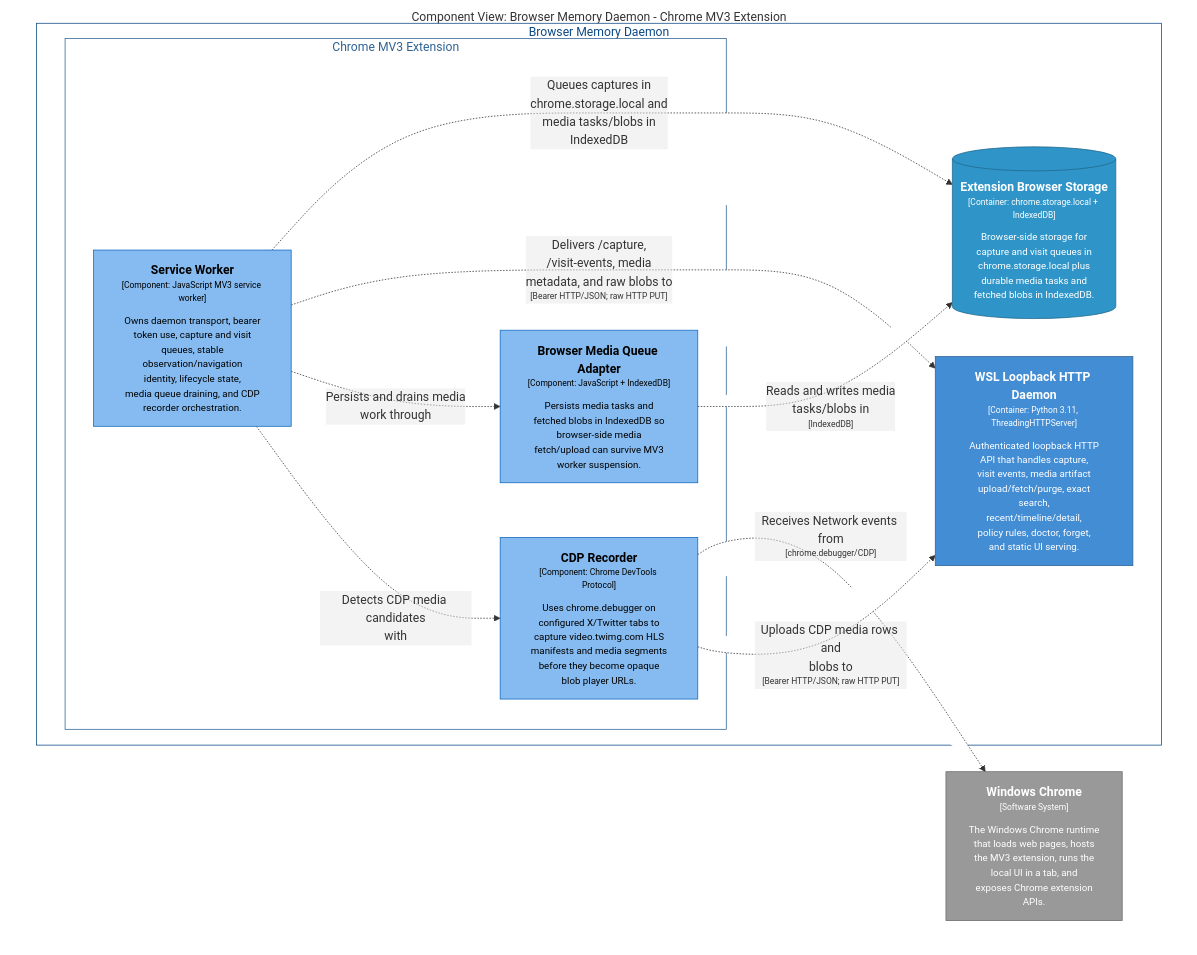
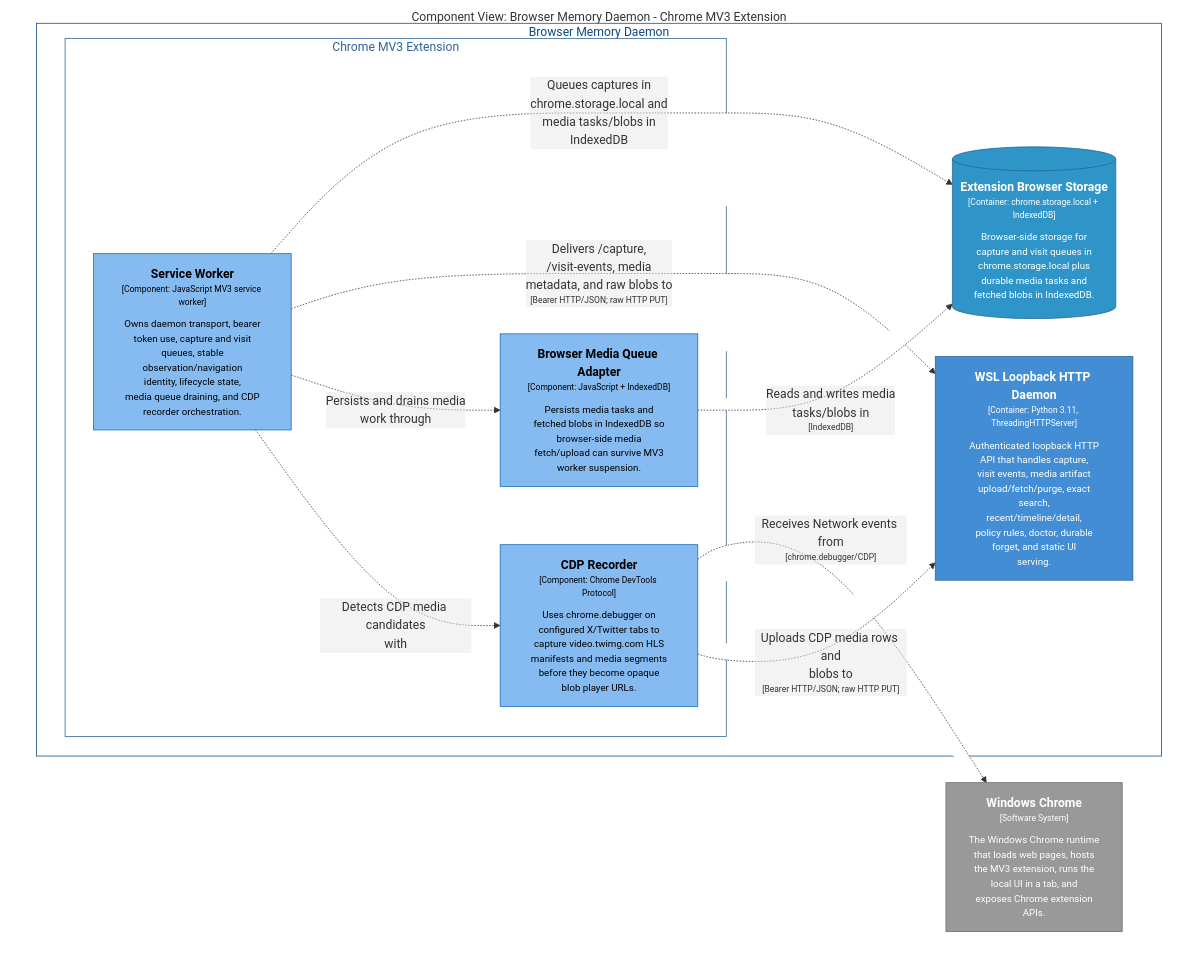
Before and after one commit to michaelnicks0/browser-memory-daemon: the diagram in docs/architecture/diagrams/markdown/ExtensionMediaComponents.md, drawn with Mermaid. The commit also changed 201 other files, not shown here.

````diff
--- a/docs/architecture/diagrams/markdown/ExtensionMediaComponents.md
+++ b/docs/architecture/diagrams/markdown/ExtensionMediaComponents.md
@@ -16,40 +16,40 @@
 ```mermaid
 graph TB
   linkStyle default fill:#ffffff
 
   subgraph diagram ["Component View: Browser Memory Daemon - Chrome MV3 Extension"]
     style diagram fill:#ffffff,stroke:#ffffff
 
     2["<div style='font-weight: bold'>Windows Chrome</div><div style='font-size: 70%; margin-top: 0px'>[Software System]</div><div style='font-size: 80%; margin-top:10px'>The Windows Chrome runtime<br />that loads web pages, hosts<br />the MV3 extension, runs the<br />local UI in a tab, and<br />exposes Chrome extension<br />APIs.</div>"]
     style 2 fill:#999999,stroke:#6b6b6b,color:#ffffff
 
     subgraph 4 ["Browser Memory Daemon"]
       style 4 fill:#ffffff,stroke:#0b4884,color:#0b4884
 
       subgraph 5 ["Chrome MV3 Extension"]
         style 5 fill:#ffffff,stroke:#2e6295,color:#2e6295
 
         10["<div style='font-weight: bold'>Browser Media Queue Adapter</div><div style='font-size: 70%; margin-top: 0px'>[Component: JavaScript + IndexedDB]</div><div style='font-size: 80%; margin-top:10px'>Persists media tasks and<br />fetched blobs in IndexedDB so<br />browser-side media<br />fetch/upload can survive MV3<br />worker suspension.</div>"]
         style 10 fill:#85bbf0,stroke:#1168bd,color:#000000
         11["<div style='font-weight: bold'>CDP Recorder</div><div style='font-size: 70%; margin-top: 0px'>[Component: Chrome DevTools Protocol]</div><div style='font-size: 80%; margin-top:10px'>Uses chrome.debugger on<br />configured X/Twitter tabs to<br />capture video.twimg.com HLS<br />manifests and media segments<br />before they become opaque<br />blob player URLs.</div>"]
         style 11 fill:#85bbf0,stroke:#1168bd,color:#000000
         9["<div style='font-weight: bold'>Service Worker</div><div style='font-size: 70%; margin-top: 0px'>[Component: JavaScript MV3 service worker]</div><div style='font-size: 80%; margin-top:10px'>Owns daemon transport, bearer<br />token use, capture and visit<br />queues, stable<br />observation/navigation<br />identity, lifecycle state,<br />media queue draining, and CDP<br />recorder orchestration.</div>"]
         style 9 fill:#85bbf0,stroke:#1168bd,color:#000000
       end
 
       13[("<div style='font-weight: bold'>Extension Browser Storage</div><div style='font-size: 70%; margin-top: 0px'>[Container: chrome.storage.local + IndexedDB]</div><div style='font-size: 80%; margin-top:10px'>Browser-side storage for<br />capture and visit queues in<br />chrome.storage.local plus<br />durable media tasks and<br />fetched blobs in IndexedDB.</div>")]
       style 13 fill:#2f95c8,stroke:#20688c,color:#ffffff
-      14["<div style='font-weight: bold'>WSL Loopback HTTP Daemon</div><div style='font-size: 70%; margin-top: 0px'>[Container: Python 3.11, ThreadingHTTPServer]</div><div style='font-size: 80%; margin-top:10px'>Authenticated loopback HTTP<br />API that handles capture,<br />visit events, media artifact<br />upload/fetch/purge, exact<br />search,<br />recent/timeline/detail,<br />policy rules, doctor, forget,<br />and static UI serving.</div>"]
+      14["<div style='font-weight: bold'>WSL Loopback HTTP Daemon</div><div style='font-size: 70%; margin-top: 0px'>[Container: Python 3.11, ThreadingHTTPServer]</div><div style='font-size: 80%; margin-top:10px'>Authenticated loopback HTTP<br />API that handles capture,<br />visit events, media artifact<br />upload/fetch/purge, exact<br />search,<br />recent/timeline/detail,<br />policy rules, doctor, durable<br />forget, and static UI<br />serving.</div>"]
       style 14 fill:#438dd5,stroke:#2e6295,color:#ffffff
     end
 
     9-. "<div>Queues captures in<br />chrome.storage.local and<br />media tasks/blobs in<br />IndexedDB</div><div style='font-size: 70%'></div>" .->13
     9-. "<div>Delivers /capture,<br />/visit-events, media<br />metadata, and raw blobs to</div><div style='font-size: 70%'>[Bearer HTTP/JSON; raw HTTP PUT]</div>" .->14
     9-. "<div>Persists and drains media<br />work through</div><div style='font-size: 70%'></div>" .->10
     10-. "<div>Reads and writes media<br />tasks/blobs in</div><div style='font-size: 70%'>[IndexedDB]</div>" .->13
     9-. "<div>Detects CDP media candidates<br />with</div><div style='font-size: 70%'></div>" .->11
     11-. "<div>Receives Network events from</div><div style='font-size: 70%'>[chrome.debugger/CDP]</div>" .->2
     11-. "<div>Uploads CDP media rows and<br />blobs to</div><div style='font-size: 70%'>[Bearer HTTP/JSON; raw HTTP PUT]</div>" .->14
 
   end
 ```
````
